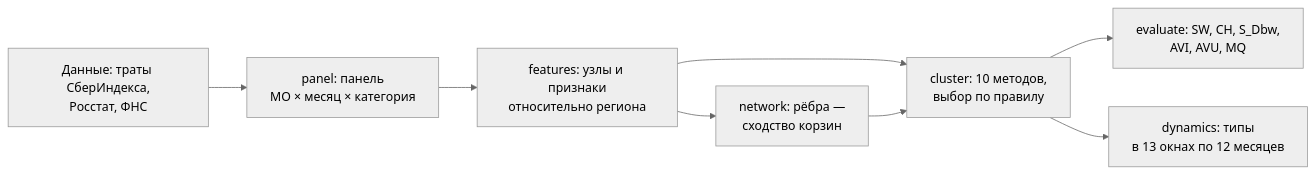
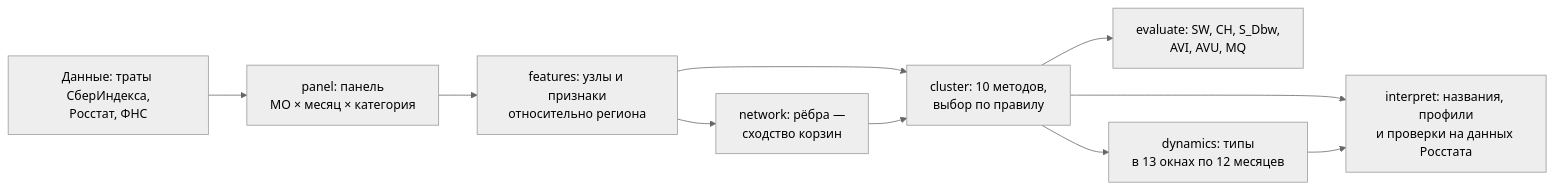
Before and after one commit to nik0mir/sberindex: the diagram in report/report.md, drawn with Mermaid (neutral theme). The commit also changed other lines of this file and 1 other file, not shown here.

````diff
--- a/report/report.md
+++ b/report/report.md
@@ -7,10 +7,12 @@
 ```mermaid
 flowchart LR
     D["Данные: траты СберИндекса,<br>Росстат, ФНС"] --> P["panel: панель<br>МО × месяц × категория"]
     P --> F["features: узлы и признаки<br>относительно региона"]
     F --> N["network: рёбра —<br>сходство корзин"]
     F --> C["cluster: 10 методов,<br>выбор по правилу"]
     N --> C
     C --> E["evaluate: SW, CH, S_Dbw,<br>AVI, AVU, MQ"]
     C --> Y["dynamics: типы<br>в 13 окнах по 12 месяцев"]
+    C --> I["interpret: названия, профили<br>и проверки на данных Росстата"]
+    Y --> I
 ```
````
